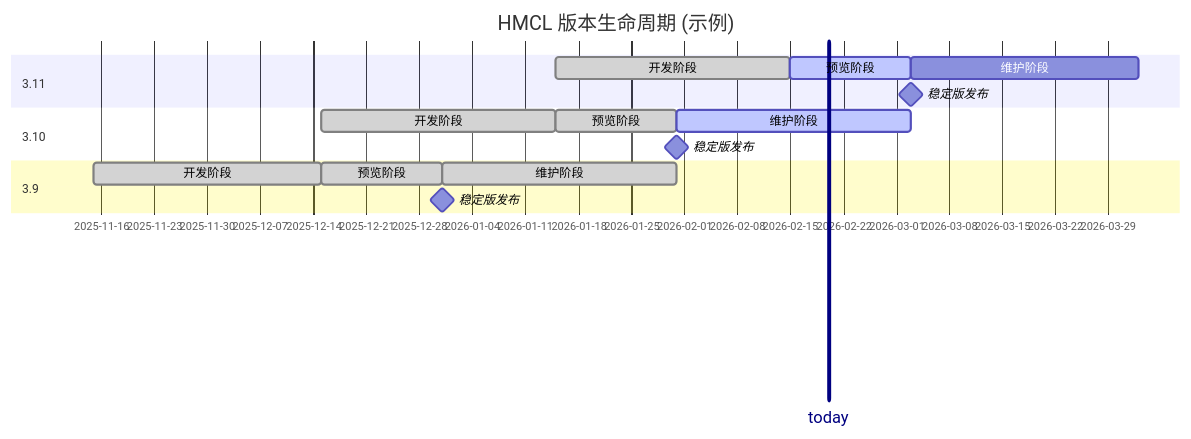
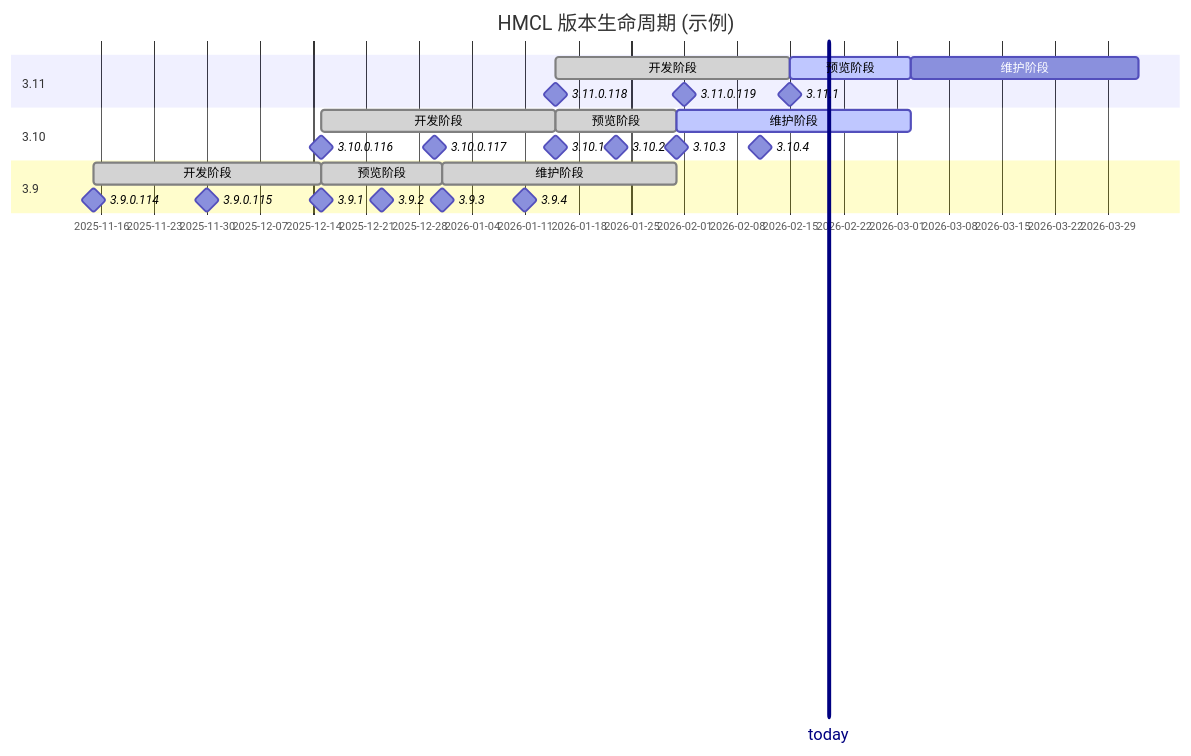
Before and after one commit to HMCL-dev/HMCL: the diagram in docs/ReleaseSchedule_zh.md, drawn with Mermaid.

````diff
--- a/docs/ReleaseSchedule_zh.md
+++ b/docs/ReleaseSchedule_zh.md
@@ -43,23 +43,35 @@
 ```mermaid
 ---
 displayMode: compact
 ---
 gantt
     title HMCL 版本生命周期 (示例)
     section 3.11
         today: vert, 2026-02-20, 0d
         开发阶段: done, c1, after b1, 31d
         预览阶段: active, c2, after c1, 16d
         维护阶段: c3, after c2, 30d
-        稳定版发布: milestone, after c2, 0d
+        3.11.0.118: milestone, after b1, 0d
+        3.11.0.119: milestone, 2026-02-01, 0d
+        3.11.1: milestone, after c1, 0d
     section 3.10
         开发阶段: done, b1, after a1, 31d
         预览阶段: done, b2, after b1, 16d
         维护阶段: active, b3, after b2, 31d
-        稳定版发布: milestone, after b2, 0d
+        3.10.0.116: milestone, after a1, 0d
+        3.10.0.117: milestone, 2025-12-30, 0d
+        3.10.1: milestone, after b1, 0d
+        3.10.2: milestone, 2026-01-23, 0d
+        3.10.3: milestone, after b2, 0d
+        3.10.4: milestone, 2026-02-11, 0d
     section 3.9
         开发阶段: done, a1, 2025-11-15, 30d
         预览阶段: done, a2, after a1, 16d
         维护阶段: done, a3, after a2, 31d
-        稳定版发布: milestone, after a2, 0d
+        3.9.0.114: milestone, 2025-11-15, 0d
+        3.9.0.115: milestone, 2025-11-30, 0d
+        3.9.1: milestone, after a1, 0d
+        3.9.2: milestone, 2025-12-23, 0d
+        3.9.3: milestone, after a2, 0d
+        3.9.4: milestone, 2026-01-11, 0d
 ```
````
